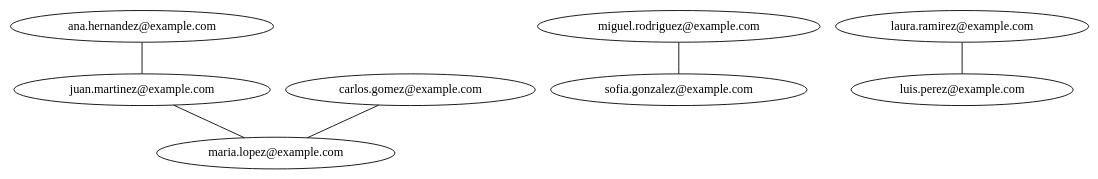
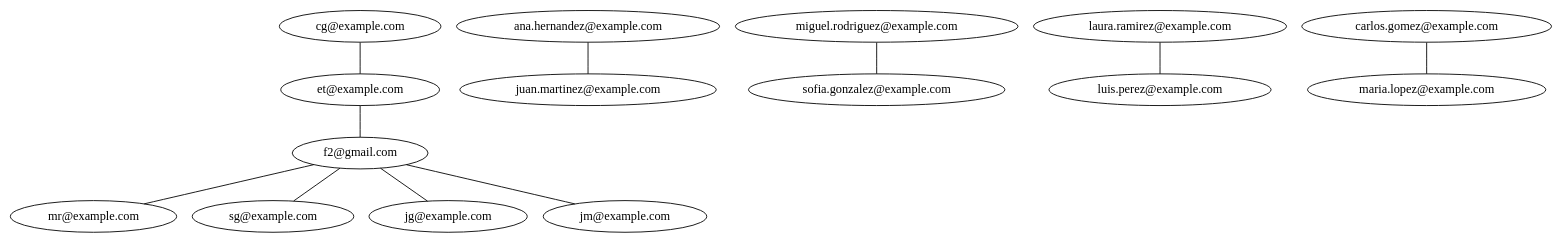
Before and after one commit to Kevin-alvarez1/PROYECTO_MULTIFASES_RED_SOCIAL: the diagram in Fase3/main/build/Desktop_Qt_6_7_2_MinGW_64_bit-Debug/grafo.dot, drawn with Graphviz. The commit also changed 21 other files, not shown here.

```diff
--- a/Fase3/main/build/Desktop_Qt_6_7_2_MinGW_64_bit-Debug/grafo.dot
+++ b/Fase3/main/build/Desktop_Qt_6_7_2_MinGW_64_bit-Debug/grafo.dot
@@ -1,15 +1,27 @@
 digraph G {
+"f2@gmail.com"[label="f2@gmail.com"];
+"f2@gmail.com" -> "mr@example.com"[dir=none];
+"f2@gmail.com" -> "sg@example.com"[dir=none];
+"f2@gmail.com" -> "jg@example.com"[dir=none];
+"f2@gmail.com" -> "jm@example.com"[dir=none];
+"mr@example.com"[label="mr@example.com"];
+"sg@example.com"[label="sg@example.com"];
+"jg@example.com"[label="jg@example.com"];
+"jm@example.com"[label="jm@example.com"];
+"et@example.com"[label="et@example.com"];
+"et@example.com" -> "f2@gmail.com"[dir=none];
+"cg@example.com"[label="cg@example.com"];
+"cg@example.com" -> "et@example.com"[dir=none];
 "ana.hernandez@example.com"[label="ana.hernandez@example.com"];
 "ana.hernandez@example.com" -> "juan.martinez@example.com"[dir=none];
 "juan.martinez@example.com"[label="juan.martinez@example.com"];
-"juan.martinez@example.com" -> "maria.lopez@example.com"[dir=none];
 "miguel.rodriguez@example.com"[label="miguel.rodriguez@example.com"];
 "miguel.rodriguez@example.com" -> "sofia.gonzalez@example.com"[dir=none];
 "sofia.gonzalez@example.com"[label="sofia.gonzalez@example.com"];
 "luis.perez@example.com"[label="luis.perez@example.com"];
 "laura.ramirez@example.com"[label="laura.ramirez@example.com"];
 "laura.ramirez@example.com" -> "luis.perez@example.com"[dir=none];
 "carlos.gomez@example.com"[label="carlos.gomez@example.com"];
 "carlos.gomez@example.com" -> "maria.lopez@example.com"[dir=none];
 "maria.lopez@example.com"[label="maria.lopez@example.com"];
 }
```
